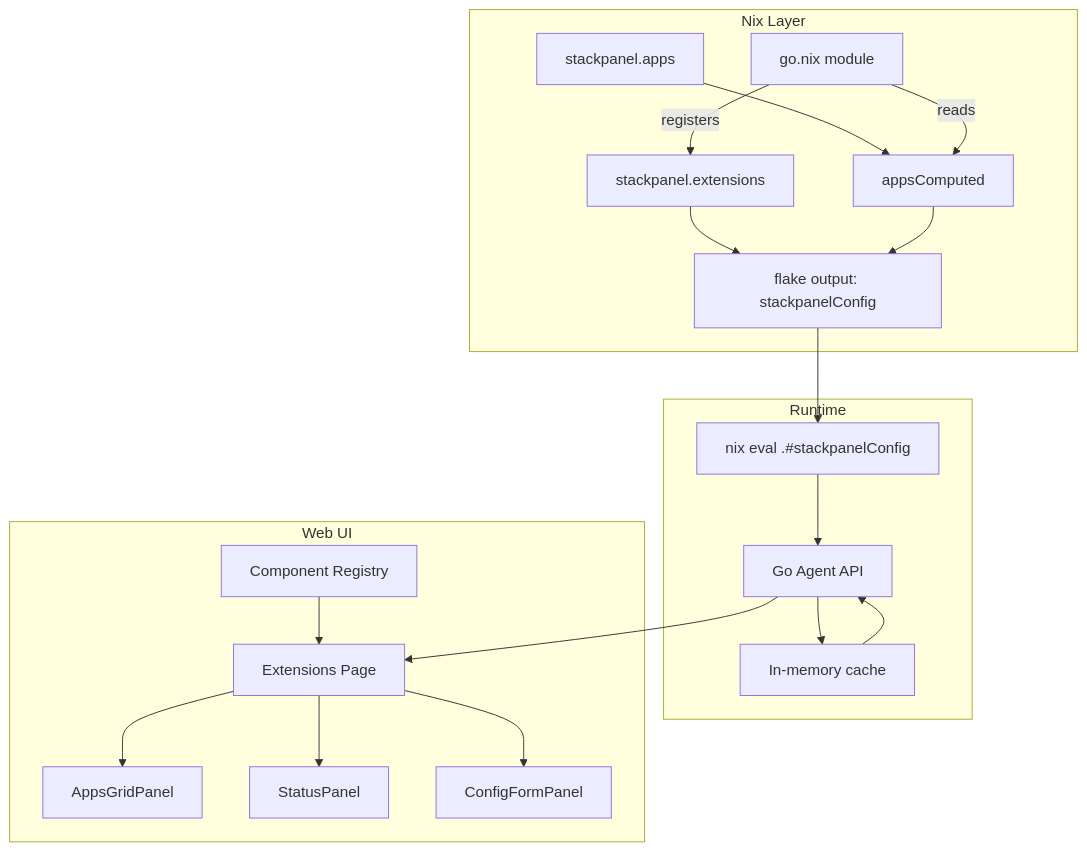
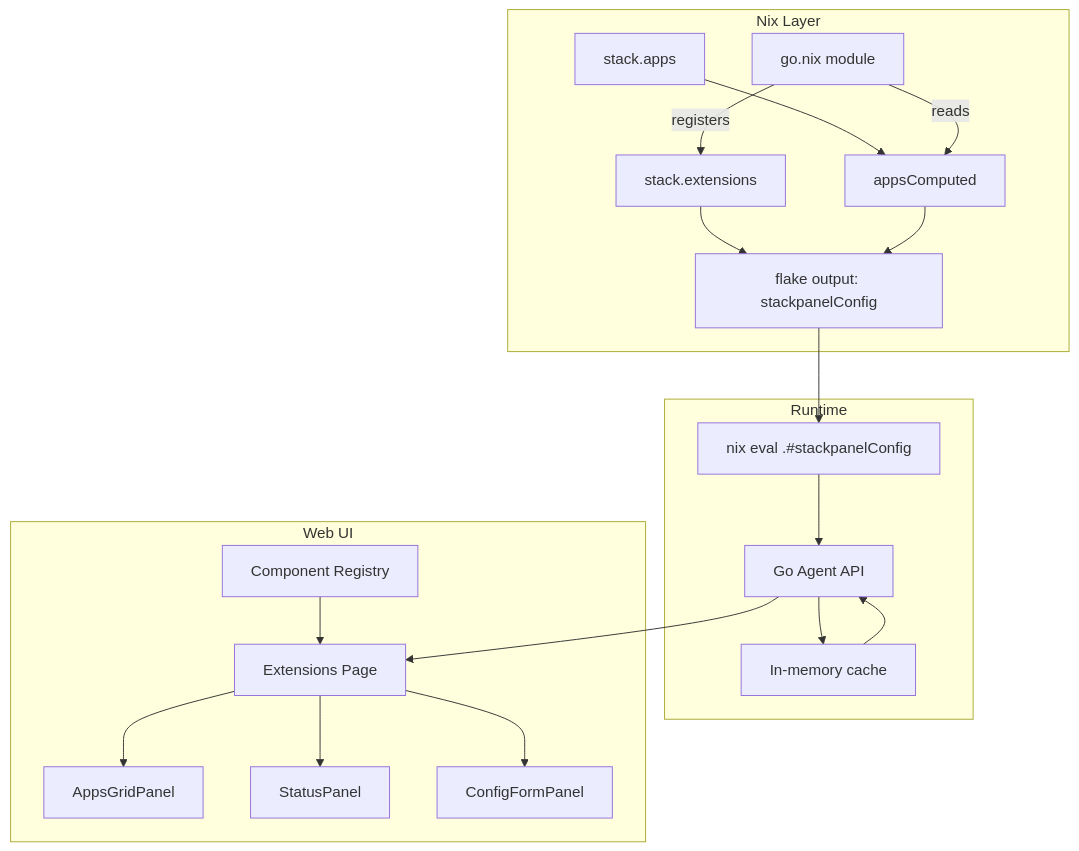
Before and after one commit to darkmatter/stackpanel: the diagram in .cursor/plans/extension_panels_v2_e0f15647.plan.md, drawn with Mermaid. The commit also changed other lines of this file and 103 other files, not shown here.

Commit message:
docs: rename CLI from 'stackpanel' to 'stack' in markdown files

````diff
--- a/.cursor/plans/extension_panels_v2_e0f15647.plan.md
+++ b/.cursor/plans/extension_panels_v2_e0f15647.plan.md
@@ -62,39 +62,39 @@
 ```mermaid
 flowchart TB
     subgraph nix [Nix Layer]
-        Apps[stackpanel.apps]
+        Apps[stack.apps]
         GoMod[go.nix module]
-        ExtReg[stackpanel.extensions]
+        ExtReg[stack.extensions]
         Computed[appsComputed]
         FlakeOut[flake output: stackpanelConfig]
     end
     
     subgraph runtime [Runtime]
         NixEval["nix eval .#stackpanelConfig"]
         Agent[Go Agent API]
         Cache[In-memory cache]
     end
     
     subgraph web [Web UI]
         ExtPage[Extensions Page]
         CompReg[Component Registry]
         AppsGrid[AppsGridPanel]
         StatusWidget[StatusPanel]
         ConfigForm[ConfigFormPanel]
     end
     
     Apps --> Computed
     GoMod -->|reads| Computed
     GoMod -->|registers| ExtReg
     ExtReg --> FlakeOut
     Computed --> FlakeOut
     FlakeOut --> NixEval
     NixEval --> Agent
     Agent --> Cache
     Cache --> Agent
     Agent --> ExtPage
     CompReg --> ExtPage
     ExtPage --> AppsGrid
     ExtPage --> StatusWidget
     ExtPage --> ConfigForm
 ```
````
